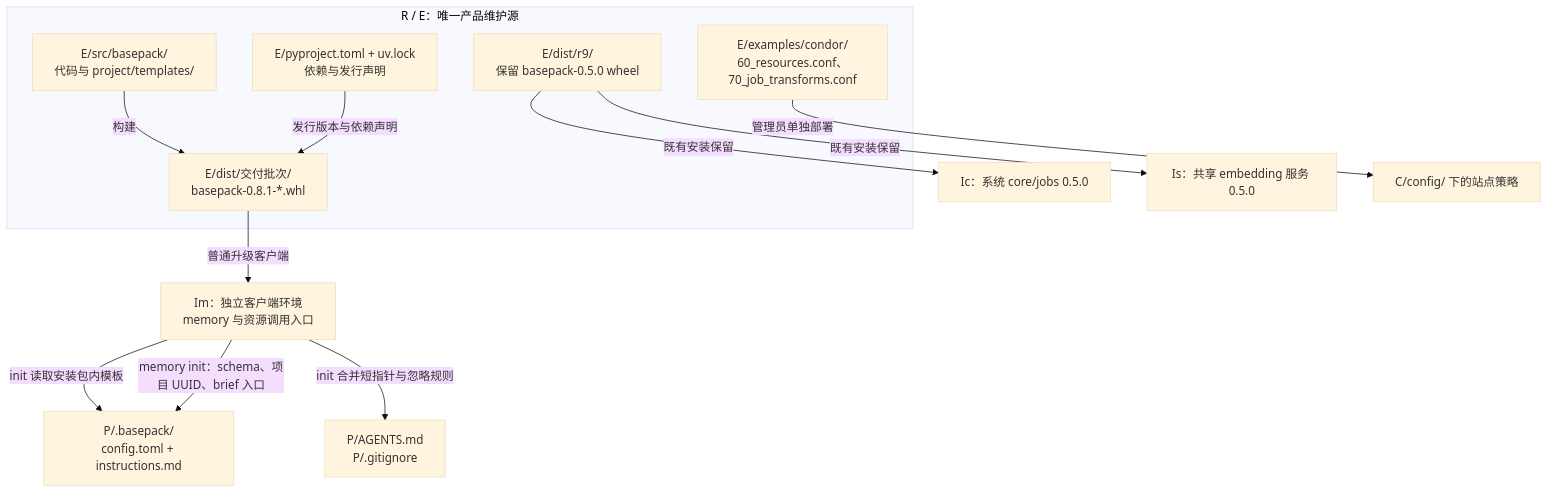
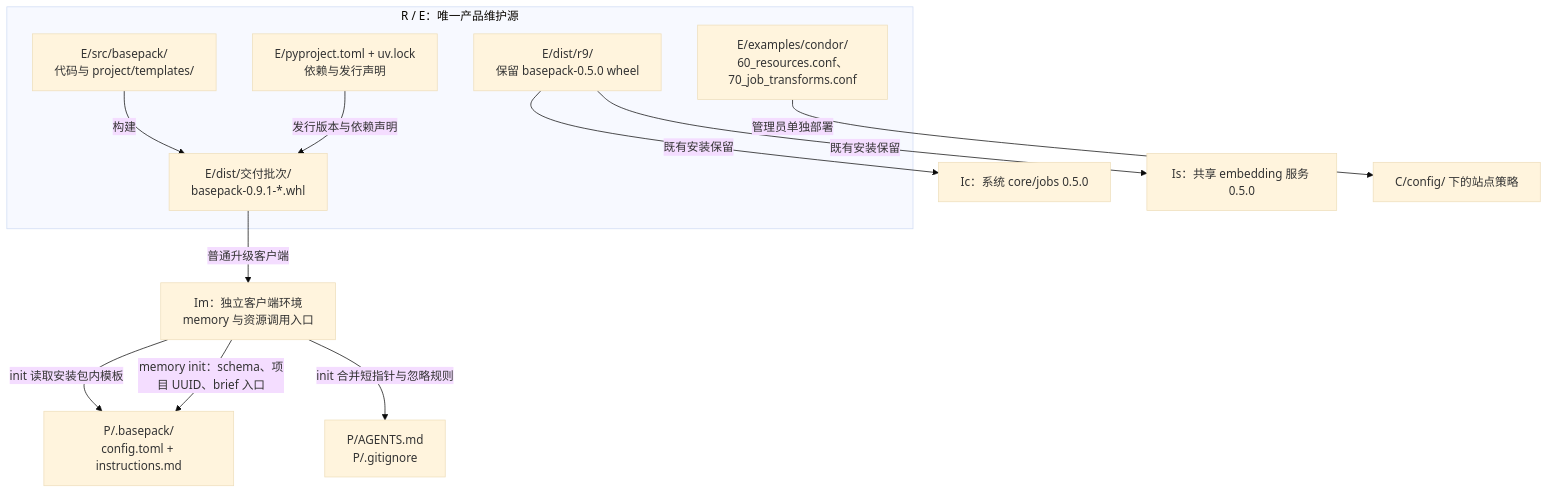
The first of 8 diagrams in devDoc/system/diagrams.md (YS-Pan/basePack), drawn with Mermaid (base theme) before and after one commit. The commit also changed other lines of this file and 37 other files, not shown here.

````diff
--- a/devDoc/system/diagrams.md
+++ b/devDoc/system/diagrams.md
@@ -22,19 +22,19 @@
 ```mermaid
 flowchart TB
   subgraph source["R / E：唯一产品维护源"]
     code["E/src/basepack/<br/>代码与 project/templates/"]
     deps["E/pyproject.toml + uv.lock<br/>依赖与发行声明"]
-    wheel["E/dist/交付批次/<br/>basepack-0.8.1-*.whl"]
+    wheel["E/dist/交付批次/<br/>basepack-0.9.1-*.whl"]
     r9["E/dist/r9/<br/>保留 basepack-0.5.0 wheel"]
     policy["E/examples/condor/<br/>60_resources.conf、70_job_transforms.conf"]
     code -->|构建| wheel
     deps -->|发行版本与依赖声明| wheel
   end
   wheel -->|普通升级客户端| memory["Im：独立客户端环境<br/>memory 与资源调用入口"]
   r9 -->|既有安装保留| core["Ic：系统 core/jobs 0.5.0"]
   r9 -->|既有安装保留| service["Is：共享 embedding 服务 0.5.0"]
   policy -->|管理员单独部署| condor["C/config/ 下的站点策略"]
   memory -->|init 读取安装包内模板| instance["P/.basepack/<br/>config.toml + instructions.md"]
   memory -->|init 合并短指针与忽略规则| entry["P/AGENTS.md<br/>P/.gitignore"]
   memory -->|memory init：schema、项目 UUID、brief 入口| instance
 ```
````
